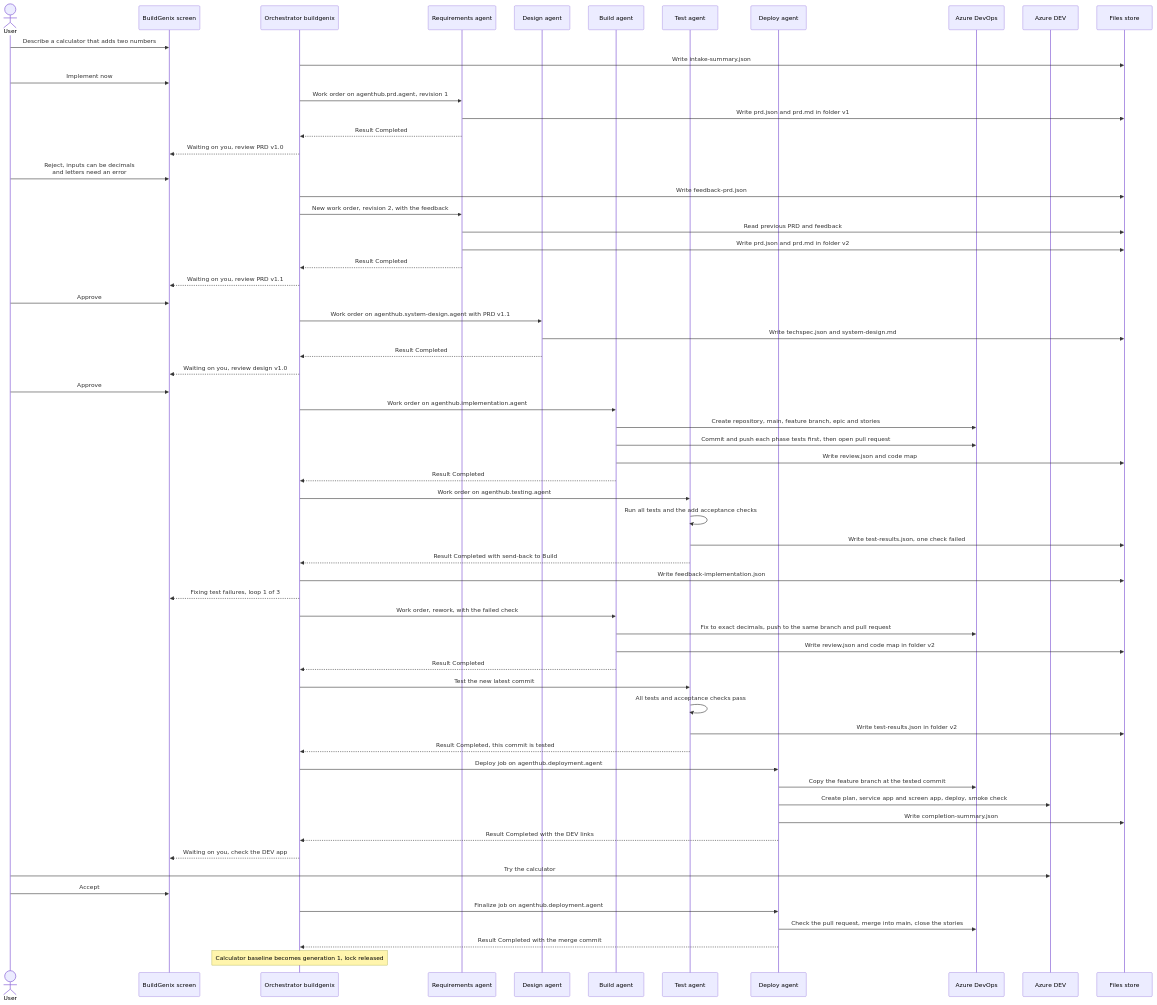
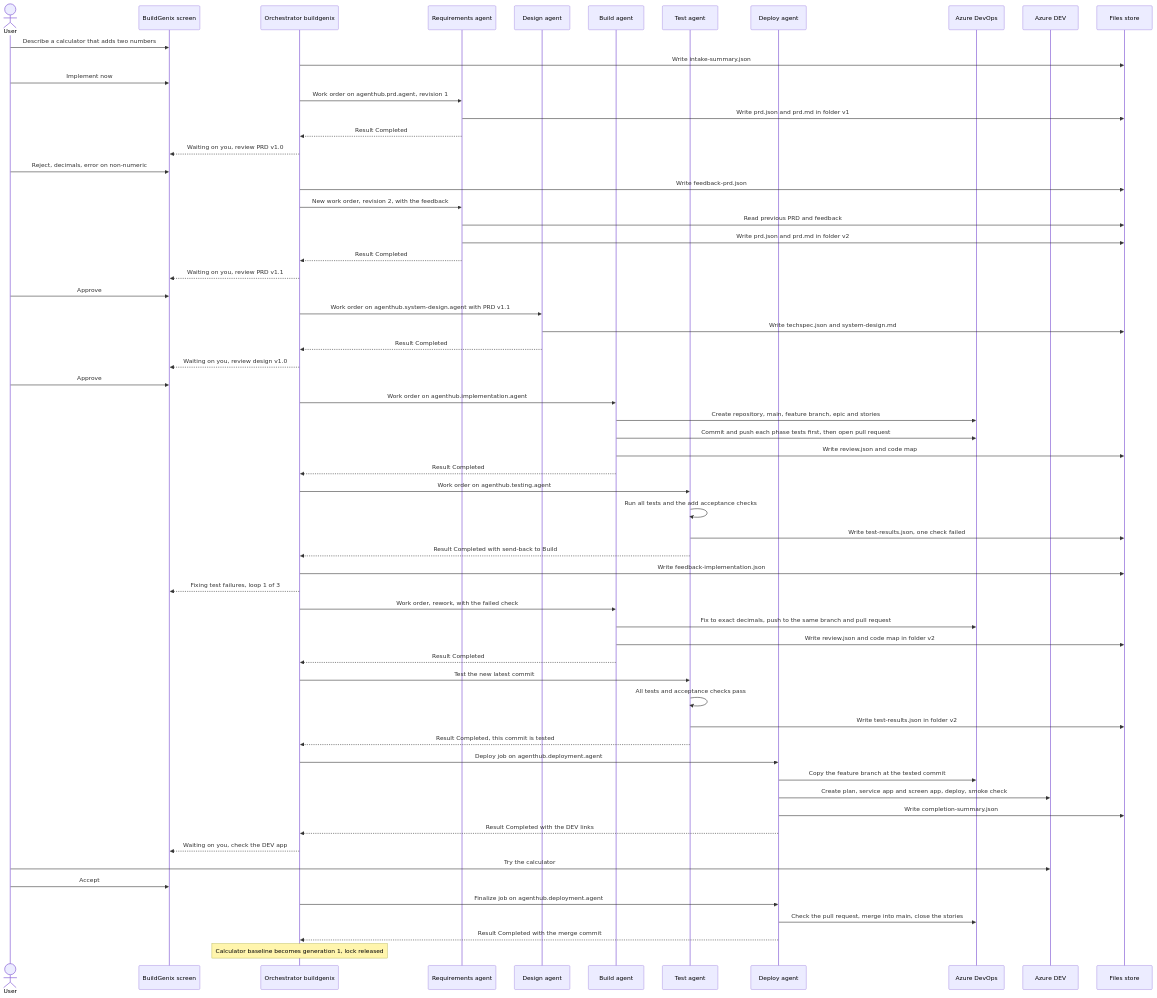
One commit to badrusiddique/agent-sdlc changed the sixth of 7 diagrams in docs/leadership/buildgenix-leadership-overview.md. Above: the diagram before and after it, drawn with Mermaid. The commit also changed other lines of this file, not shown here.

Commit message:
docs(leadership): keep the human gates as floors and match the calculator reject.

````diff
--- a/docs/leadership/buildgenix-leadership-overview.md
+++ b/docs/leadership/buildgenix-leadership-overview.md
@@ -610,65 +610,65 @@
 ```mermaid
 sequenceDiagram
     actor U as User
     participant Screen as BuildGenix screen
     participant Orch as Orchestrator buildgenix
     participant Req as Requirements agent
     participant Des as Design agent
     participant Bld as Build agent
     participant Tst as Test agent
     participant Dep as Deploy agent
     participant ADO as Azure DevOps
     participant AZ as Azure DEV
     participant Files as Files store
     U->>Screen: Describe a calculator that adds two numbers
     Orch->>Files: Write intake-summary.json
     U->>Screen: Implement now
     Orch->>Req: Work order on agenthub.prd.agent, revision 1
     Req->>Files: Write prd.json and prd.md in folder v1
     Req-->>Orch: Result Completed
     Orch-->>Screen: Waiting on you, review PRD v1.0
-    U->>Screen: Reject, inputs can be decimals<br/>and letters need an error
+    U->>Screen: Reject, decimals, error on non-numeric
     Orch->>Files: Write feedback-prd.json
     Orch->>Req: New work order, revision 2, with the feedback
     Req->>Files: Read previous PRD and feedback
     Req->>Files: Write prd.json and prd.md in folder v2
     Req-->>Orch: Result Completed
     Orch-->>Screen: Waiting on you, review PRD v1.1
     U->>Screen: Approve
     Orch->>Des: Work order on agenthub.system-design.agent with PRD v1.1
     Des->>Files: Write techspec.json and system-design.md
     Des-->>Orch: Result Completed
     Orch-->>Screen: Waiting on you, review design v1.0
     U->>Screen: Approve
     Orch->>Bld: Work order on agenthub.implementation.agent
     Bld->>ADO: Create repository, main, feature branch, epic and stories
     Bld->>ADO: Commit and push each phase tests first, then open pull request
     Bld->>Files: Write review.json and code map
     Bld-->>Orch: Result Completed
     Orch->>Tst: Work order on agenthub.testing.agent
     Tst->>Tst: Run all tests and the add acceptance checks
     Tst->>Files: Write test-results.json, one check failed
     Tst-->>Orch: Result Completed with send-back to Build
     Orch->>Files: Write feedback-implementation.json
     Orch-->>Screen: Fixing test failures, loop 1 of 3
     Orch->>Bld: Work order, rework, with the failed check
     Bld->>ADO: Fix to exact decimals, push to the same branch and pull request
     Bld->>Files: Write review.json and code map in folder v2
     Bld-->>Orch: Result Completed
     Orch->>Tst: Test the new latest commit
     Tst->>Tst: All tests and acceptance checks pass
     Tst->>Files: Write test-results.json in folder v2
     Tst-->>Orch: Result Completed, this commit is tested
     Orch->>Dep: Deploy job on agenthub.deployment.agent
     Dep->>ADO: Copy the feature branch at the tested commit
     Dep->>AZ: Create plan, service app and screen app, deploy, smoke check
     Dep->>Files: Write completion-summary.json
     Dep-->>Orch: Result Completed with the DEV links
     Orch-->>Screen: Waiting on you, check the DEV app
     U->>AZ: Try the calculator
     U->>Screen: Accept
     Orch->>Dep: Finalize job on agenthub.deployment.agent
     Dep->>ADO: Check the pull request, merge into main, close the stories
     Dep-->>Orch: Result Completed with the merge commit
     Note over Orch: Calculator baseline becomes generation 1, lock released
 ```
````
